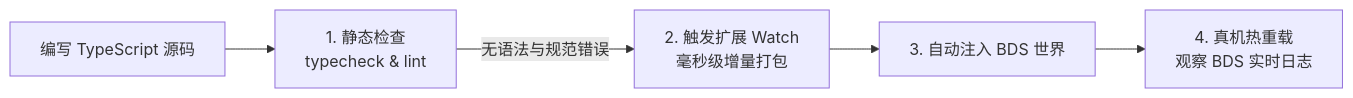
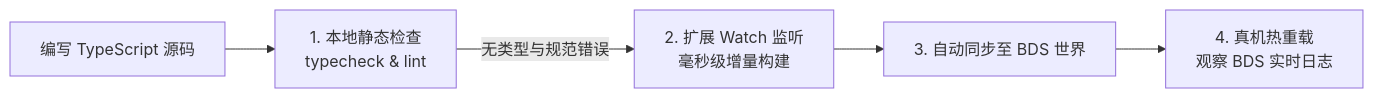
One commit to DogeLakeDev/ScriptsForMinecraftServer changed the diagram in docs/zh/dev/testing.md. Above: the diagram before and after it, drawn with Mermaid. The commit also changed other lines of this file and 8 other files, not shown here.

````diff
--- a/docs/zh/dev/testing.md
+++ b/docs/zh/dev/testing.md
@@ -20,7 +12,7 @@
 ```mermaid
 flowchart LR
-  Code[编写 TypeScript 源码] --> Lint[1. 静态检查<br/>typecheck & lint]
-  Lint -->|无语法与规范错误| Watch[2. 触发扩展 Watch<br/>毫秒级增量打包]
-  Watch --> Deploy[3. 自动注入 BDS 世界]
+  Code[编写 TypeScript 源码] --> Lint[1. 本地静态检查<br/>typecheck & lint]
+  Lint -->|无类型与规范错误| Watch[2. 扩展 Watch 监听<br/>毫秒级增量构建]
+  Watch --> Deploy[3. 自动同步至 BDS 世界]
   Deploy --> Live[4. 真机热重载<br/>观察 BDS 实时日志]
 ```
````
